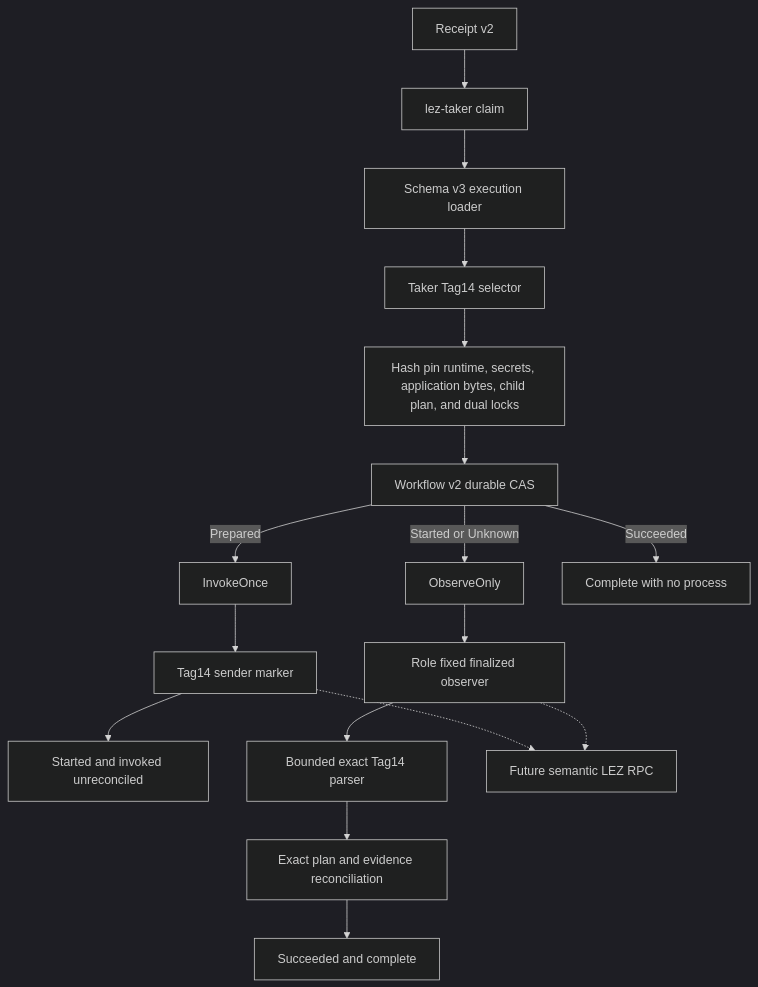
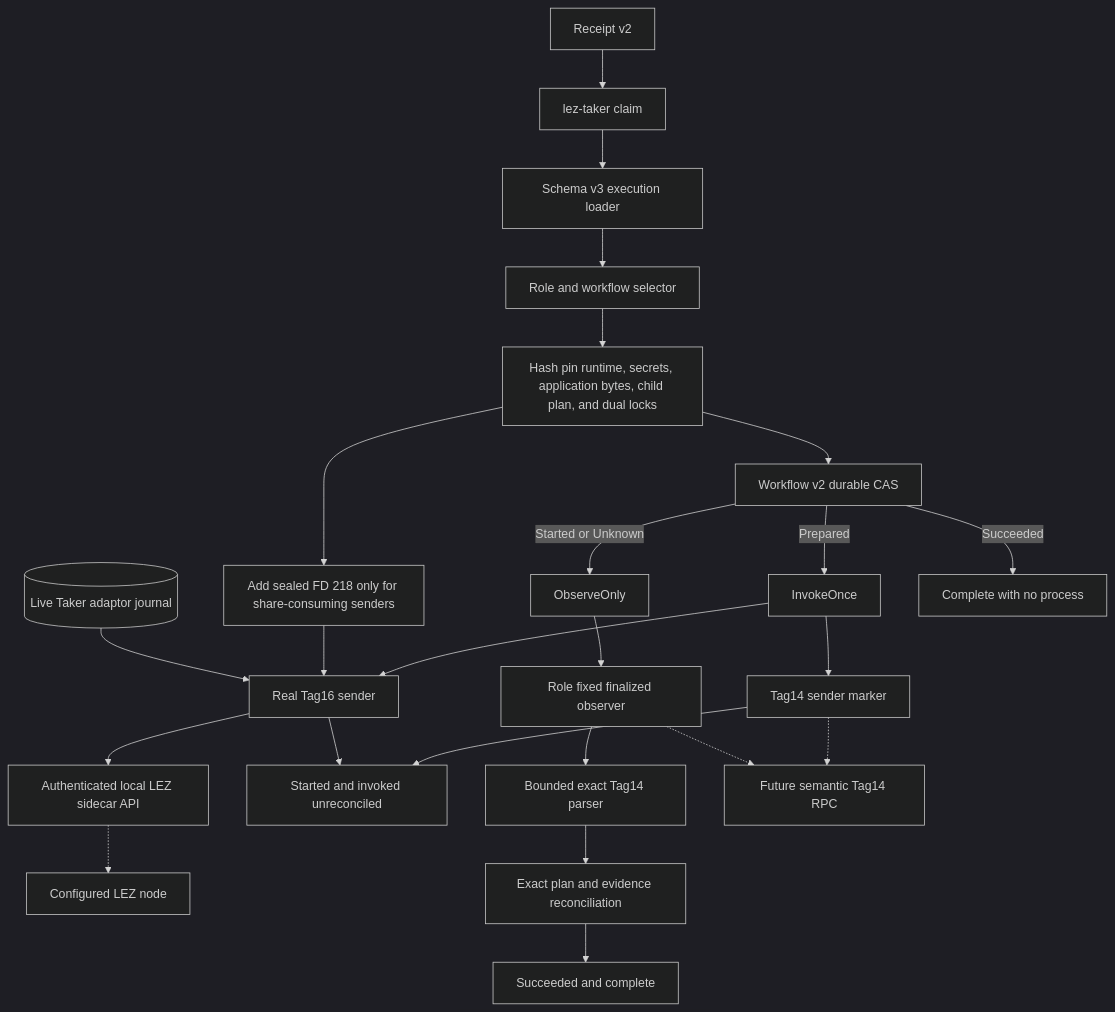
Before and after one commit to gateway-fm/lez-atomic-swaps: diagram 27 of 40 in docs/architecture/system-architecture.md, drawn with Mermaid (dark theme). The commit also changed other lines of this file and 18 other files, not shown here.

Commit message:
feat(m7): execute sealed XMR tag16 effect

````diff
--- a/docs/architecture/system-architecture.md
+++ b/docs/architecture/system-architecture.md
@@ -2561,19 +2563,27 @@
 ```mermaid
 flowchart TB
     Receipt["Receipt v2"] --> Claim["lez-taker claim"]
     Claim --> Loader["Schema v3 execution loader"]
-    Loader --> Selector["Taker Tag14 selector"]
+    Loader --> Selector["Role and workflow selector"]
     Selector --> Pin["Hash pin runtime, secrets, application bytes, child plan, and dual locks"]
+    Pin --> Share["Add sealed FD 218 only for share-consuming senders"]
     Pin --> Authorize["Workflow v2 durable CAS"]
     Authorize -->|Prepared| Invoke["InvokeOnce"]
-    Invoke --> Sender["Tag14 sender marker"]
-    Sender --> Started["Started and invoked unreconciled"]
+    Invoke --> Tag14["Tag14 sender marker"]
+    Invoke --> Tag16["Real Tag16 sender"]
+    Share --> Tag16
+    Journal[("Live Taker adaptor journal")] --> Tag16
+    Tag16 --> Sidecar["Authenticated local LEZ sidecar API"]
+    Sidecar -.-> Node["Configured LEZ node"]
+    Started["Started and invoked unreconciled"]
+    Tag14 --> Started
+    Tag16 --> Started
     Authorize -->|Started or Unknown| Observe["ObserveOnly"]
     Observe --> Observer["Role fixed finalized observer"]
     Observer --> Parser["Bounded exact Tag14 parser"]
     Parser --> Reconcile["Exact plan and evidence reconciliation"]
     Reconcile --> Succeeded["Succeeded and complete"]
     Authorize -->|Succeeded| Complete["Complete with no process"]
-    Sender -.-> Rpc["Future semantic LEZ RPC"]
+    Tag14 -.-> Rpc["Future semantic Tag14 RPC"]
     Observer -.-> Rpc
 ```
````
